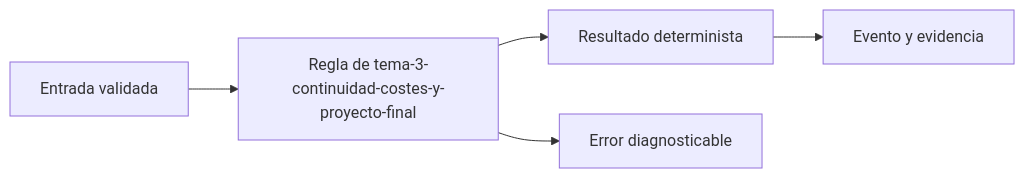
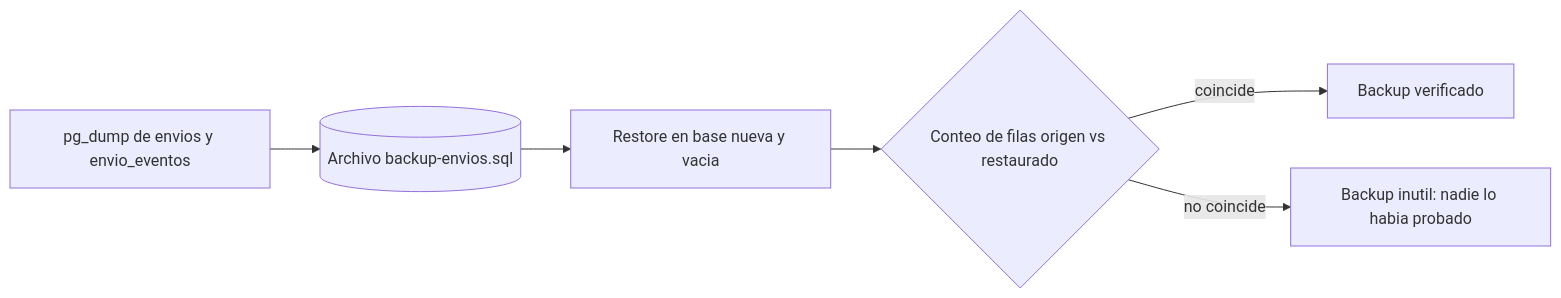
The sixth of 6 diagrams in web/public/content/rutaflow/modulo-7.md (NICORUIZ93/Academia_Floci), drawn with Mermaid before and after one commit. The commit also changed other lines of this file and 56 other files, not shown here.

````diff
--- a/web/public/content/rutaflow/modulo-7.md
+++ b/web/public/content/rutaflow/modulo-7.md
@@ -222,7 +311,8 @@
 ```mermaid
 flowchart LR
-  A[Entrada validada] --> B[Regla de tema-3-continuidad-costes-y-proyecto-final]
-  B --> C[Resultado determinista]
-  C --> D[Evento y evidencia]
-  B --> E[Error diagnosticable]
+  A[pg_dump de envios y envio_eventos] --> B[(Archivo backup-envios.sql)]
+  B --> C[Restore en base nueva y vacia]
+  C --> D{Conteo de filas origen vs restaurado}
+  D -->|coincide| E[Backup verificado]
+  D -->|no coincide| F[Backup inutil: nadie lo habia probado]
 ```
````
